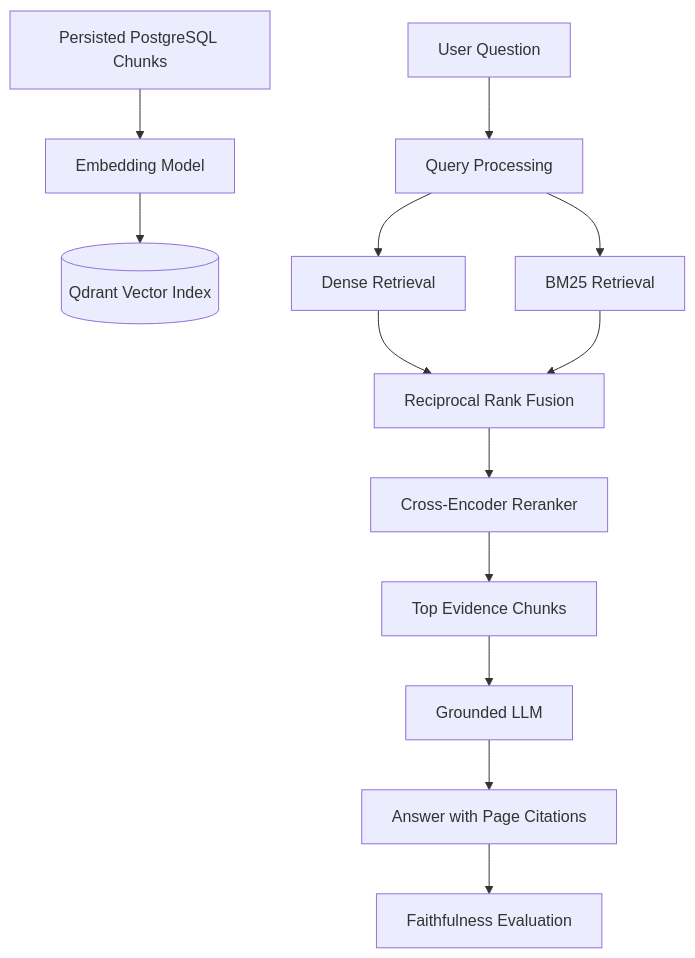
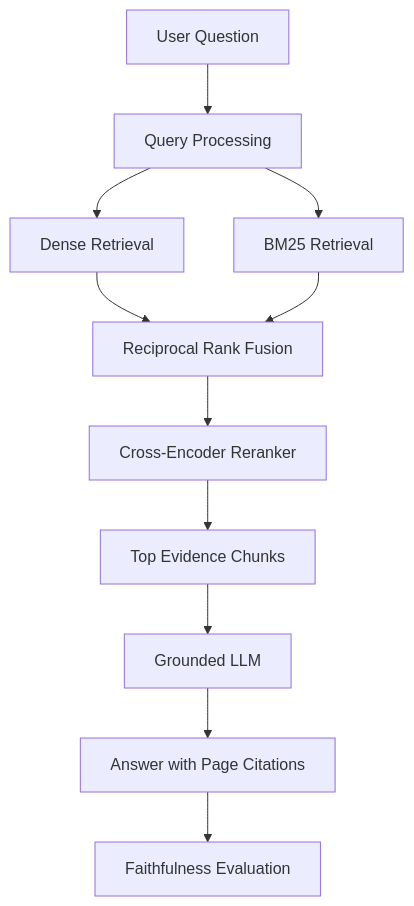
One commit to dhirenlulla/evidencevault-ai changed the second of 2 diagrams in README.md. Above: the diagram before and after it, drawn with Mermaid. The commit also changed other lines of this file, not shown here.

````diff
--- a/README.md
+++ b/README.md
@@ -402,17 +485,14 @@
 ```mermaid
 flowchart TD
-    A[Persisted PostgreSQL Chunks] --> B[Embedding Model]
-    B --> C[(Qdrant Vector Index)]
-
     D[User Question] --> E[Query Processing]
     E --> F[Dense Retrieval]
     E --> G[BM25 Retrieval]
 
     F --> H[Reciprocal Rank Fusion]
     G --> H
     H --> I[Cross-Encoder Reranker]
     I --> J[Top Evidence Chunks]
     J --> K[Grounded LLM]
     K --> L[Answer with Page Citations]
     L --> M[Faithfulness Evaluation]
 ```
````
